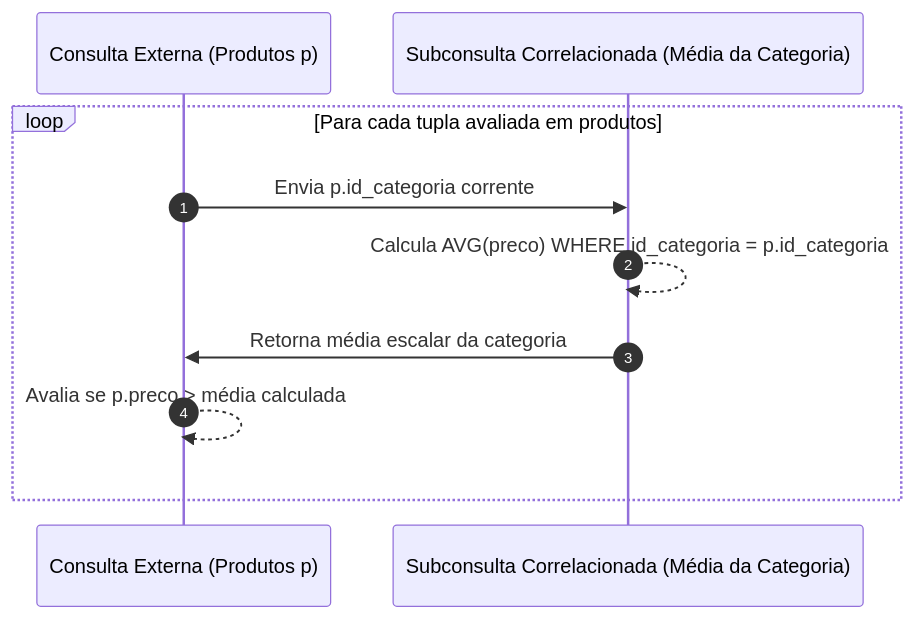
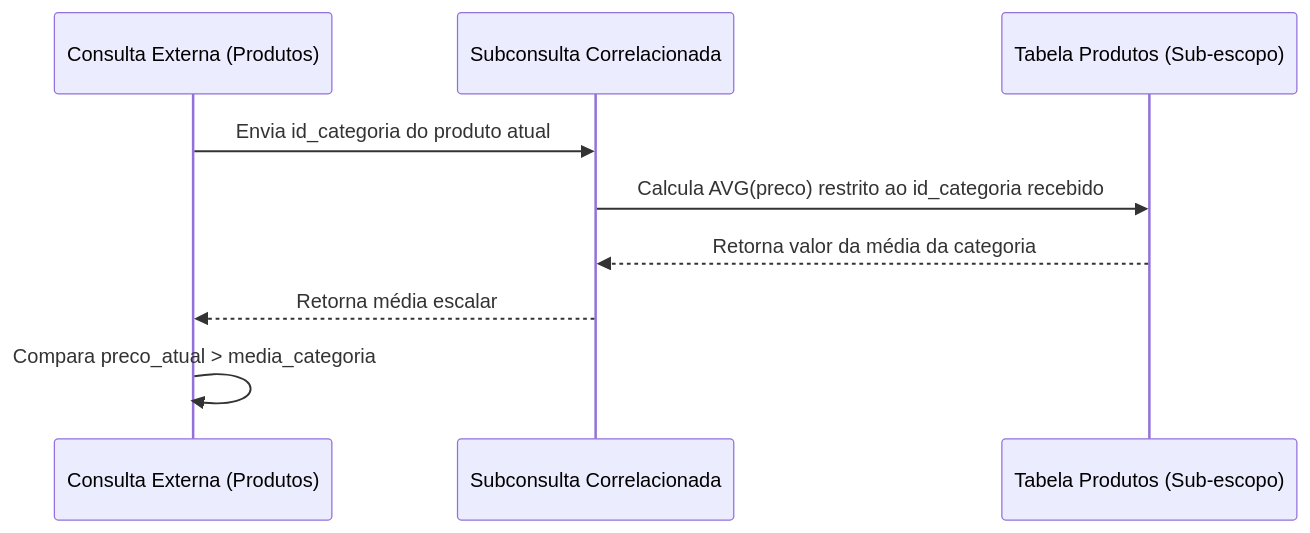
One commit to murilolol/unifef changed the seventh of 11 diagrams in 4º Semestre/[Prof. Welington Garcia] Tópicos Avançados em Banco de Dados/Resumos-IA/Simulados-Comentados.md. Above: the diagram before and after it, drawn with Mermaid. The commit also changed other lines of this file and 58 other files, not shown here.

````diff
--- a/4º Semestre/[Prof. Welington Garcia] Tópicos Avançados em Banco de Dados/Resumos-IA/Simulados-Comentados.md
+++ b/4º Semestre/[Prof. Welington Garcia] Tópicos Avançados em Banco de Dados/Resumos-IA/Simulados-Comentados.md
@@ -601,13 +794,12 @@
 ```mermaid
 sequenceDiagram
-  autonumber
-  participant Ext as Consulta Externa (Produtos p)
-  participant Sub as Subconsulta Correlacionada (Média da Categoria)
-  
-  loop Para cada tupla avaliada em produtos
-    Ext->>Sub: Envia p.id_categoria corrente
-    Sub-->>Sub: Calcula AVG(preco) WHERE id_categoria = p.id_categoria
-    Sub->>Ext: Retorna média escalar da categoria
-    Ext-->>Ext: Avalia se p.preco > média calculada
-  end
+    participant Ext as Consulta Externa (Produtos)
+    participant Sub as Subconsulta Correlacionada
+    participant Cat as Tabela Produtos (Sub-escopo)
+
+    Ext->>Sub: Envia id_categoria do produto atual
+    Sub->>Cat: Calcula AVG(preco) restrito ao id_categoria recebido
+    Cat-->>Sub: Retorna valor da média da categoria
+    Sub-->>Ext: Retorna média escalar
+    Ext->>Ext: Compara preco_atual > media_categoria
 ```
````
